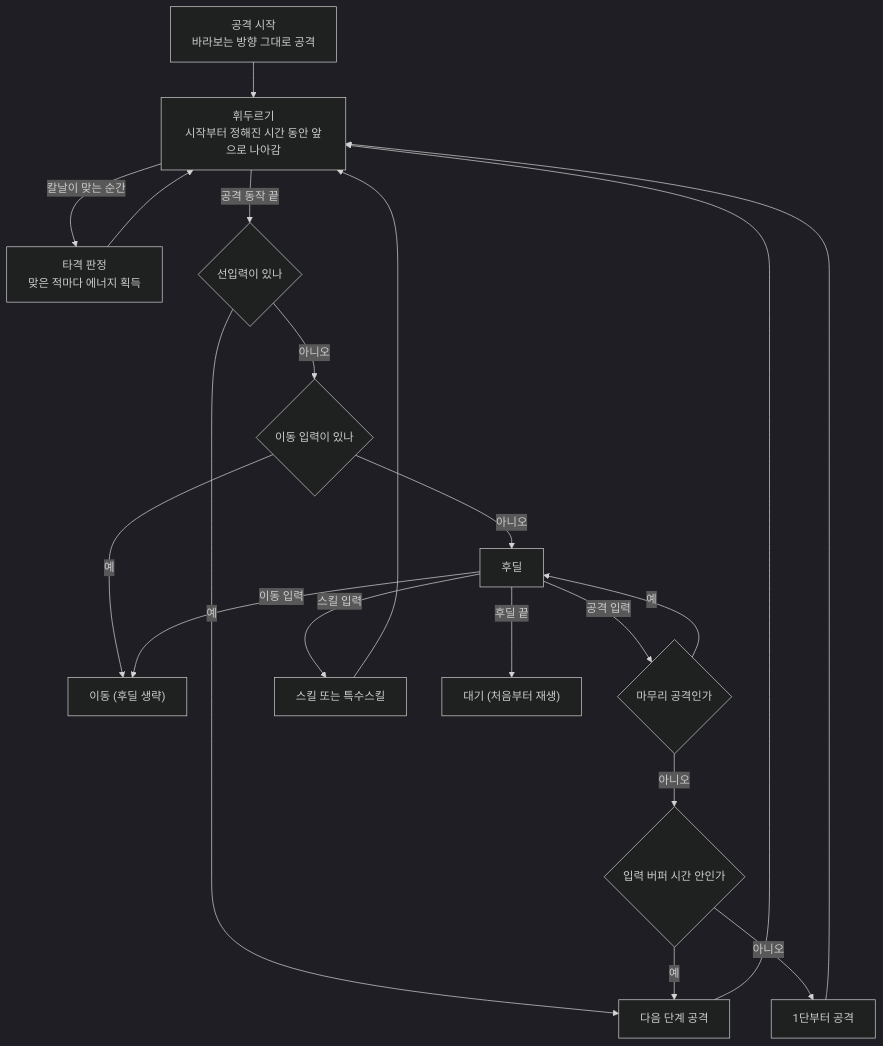
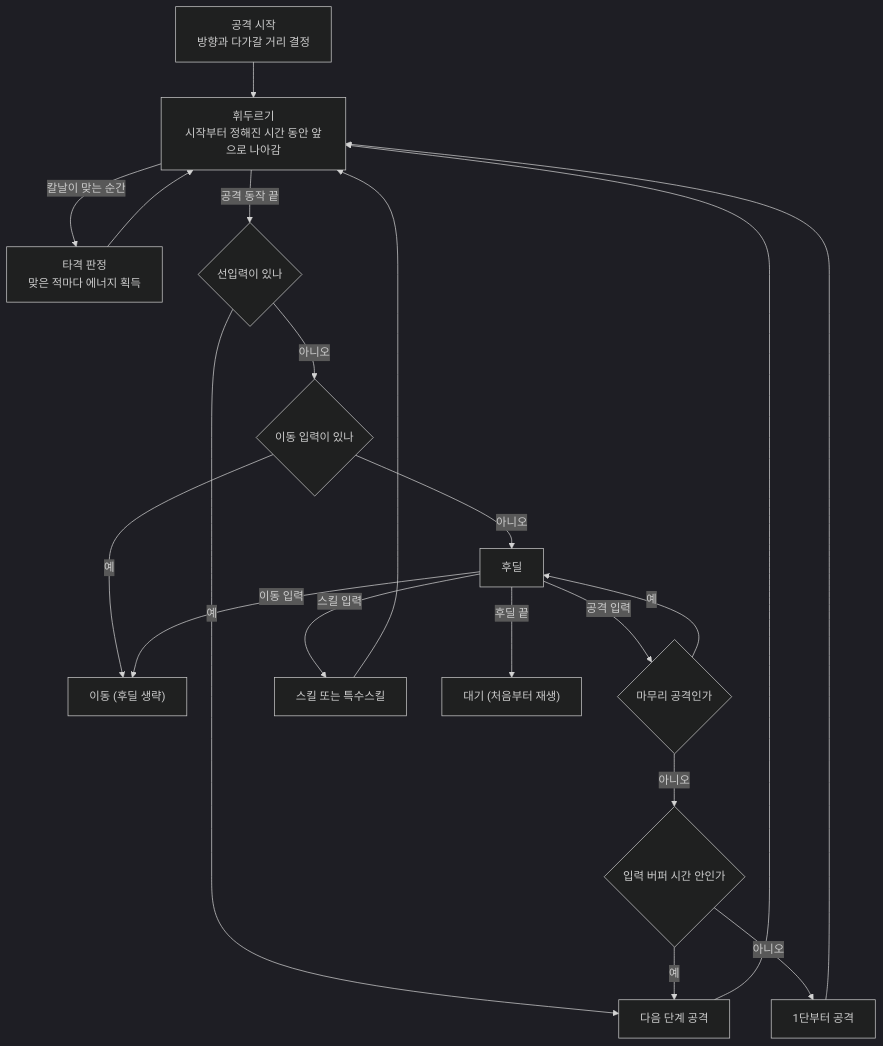
Before and after one commit to SquashPrince/Develrocket_mp15_HHH: the first of 4 diagrams in Docs/Technical/Player/PlayerAttack.md, drawn with Mermaid (dark theme). The commit also changed other lines of this file and 3 other files, not shown here.

````diff
--- a/Docs/Technical/Player/PlayerAttack.md
+++ b/Docs/Technical/Player/PlayerAttack.md
@@ -21,22 +22,22 @@
 ```mermaid
 flowchart TD
-    A["공격 시작<br>바라보는 방향 그대로 공격"] --> B["휘두르기<br>시작부터 정해진 시간 동안 앞으로 나아감"]
+    A["공격 시작<br>방향과 다가갈 거리 결정"] --> B["휘두르기<br>시작부터 정해진 시간 동안 앞으로 나아감"]
     B -->|"칼날이 맞는 순간"| H["타격 판정<br>맞은 적마다 에너지 획득"]
     H --> B
     B -->|"공격 동작 끝"| C{"선입력이 있나"}
     C -->|"예"| N["다음 단계 공격"]
     C -->|"아니오"| D{"이동 입력이 있나"}
     D -->|"예"| L["이동 (후딜 생략)"]
     D -->|"아니오"| R["후딜"]
     R -->|"공격 입력"| M{"마무리 공격인가"}
     M -->|"예"| R
     M -->|"아니오"| K{"입력 버퍼 시간 안인가"}
     K -->|"예"| N
     K -->|"아니오"| F["1단부터 공격"]
     R -->|"스킬 입력"| S["스킬 또는 특수스킬"]
     R -->|"이동 입력"| L
     R -->|"후딜 끝"| I["대기 (처음부터 재생)"]
     N --> B
     F --> B
     S --> B
 ```
````
